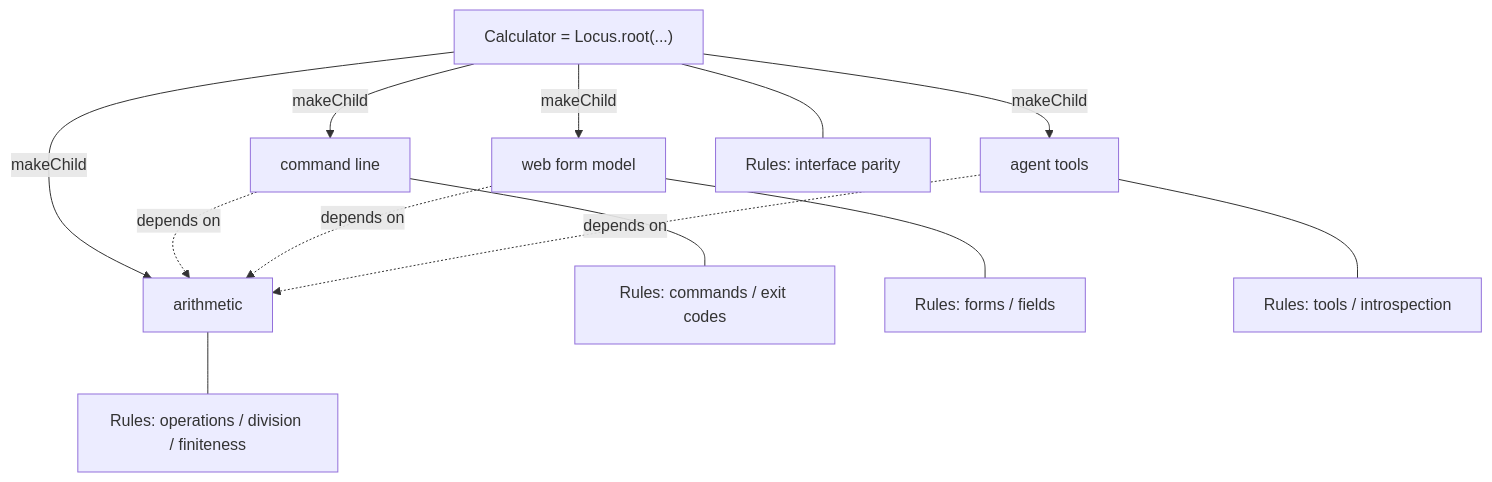
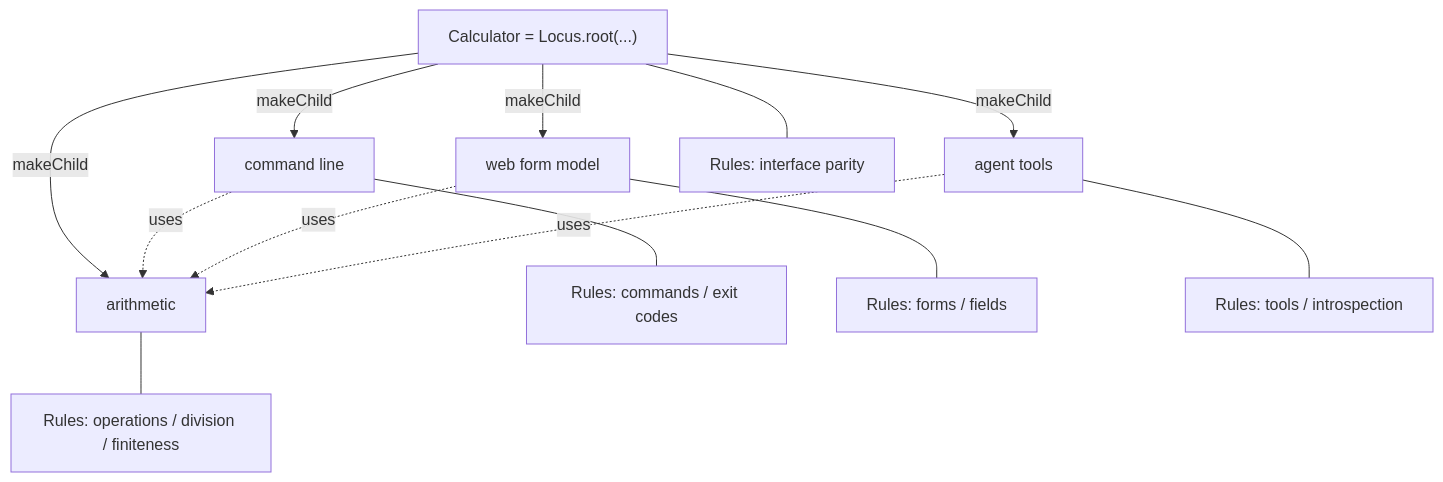
The diagram in kitty-specs/m1-framework-rewrite-01M5T5BT/spec.md (unknownlab/telos), drawn with Mermaid before and after one commit. The commit also changed other lines of this file and 8 other files, not shown here.

````diff
--- a/kitty-specs/m1-framework-rewrite-01M5T5BT/spec.md
+++ b/kitty-specs/m1-framework-rewrite-01M5T5BT/spec.md
@@ -21,16 +21,16 @@
 ```mermaid
 flowchart TD
   Root["Calculator = Locus.root(...)"]
   Root -->|makeChild| Arith["arithmetic"]
   Root -->|makeChild| Cli["command line"]
   Root -->|makeChild| Web["web form model"]
   Root -->|makeChild| Agent["agent tools"]
-  Cli -.->|depends on| Arith
-  Web -.->|depends on| Arith
-  Agent -.->|depends on| Arith
+  Cli -.->|uses| Arith
+  Web -.->|uses| Arith
+  Agent -.->|uses| Arith
   Arith --- ArithRules["Rules: operations / division / finiteness"]
   Cli --- CliRules["Rules: commands / exit codes"]
   Web --- WebRules["Rules: forms / fields"]
   Agent --- AgentRules["Rules: tools / introspection"]
   Root --- AppRules["Rules: interface parity"]
 ```
````
